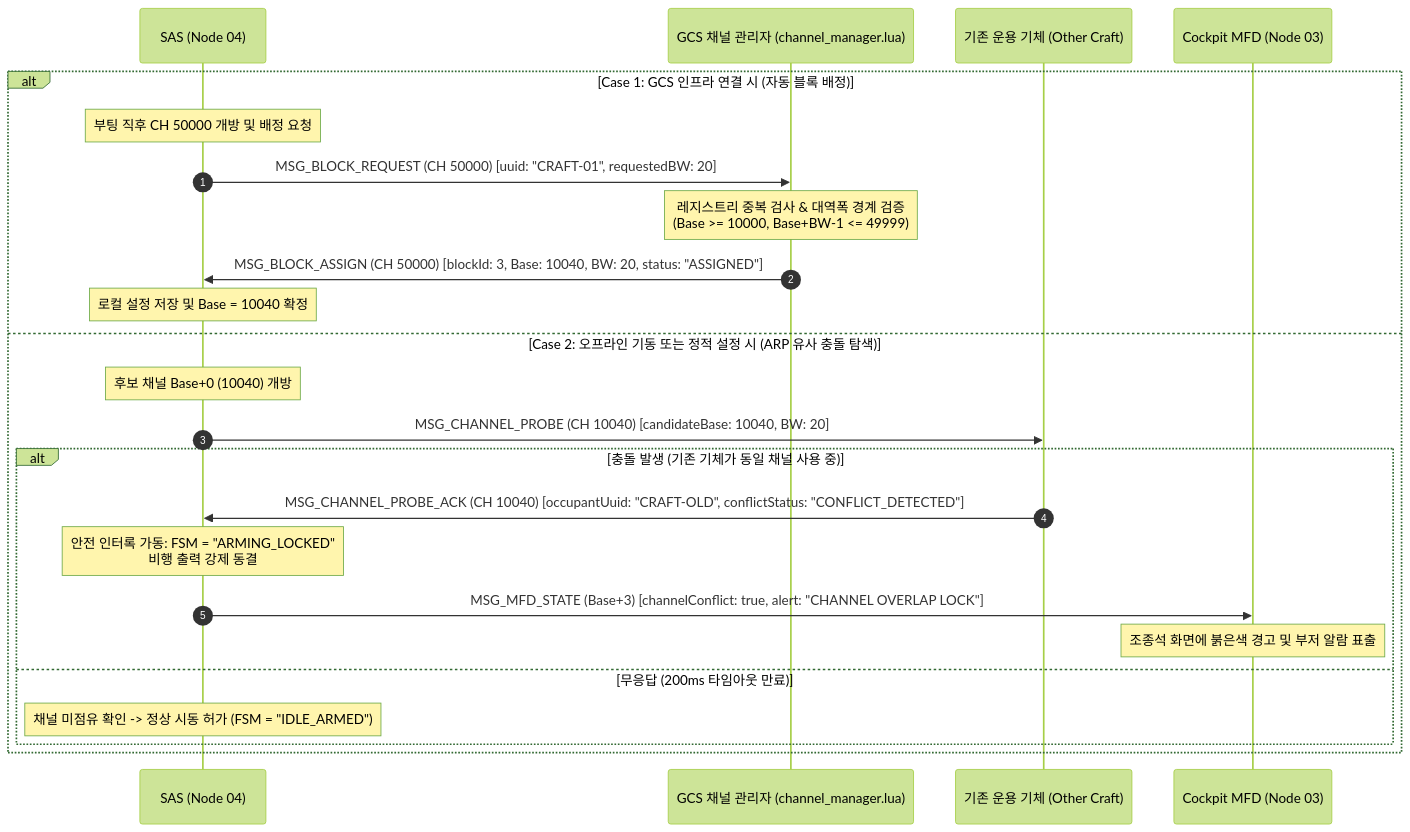
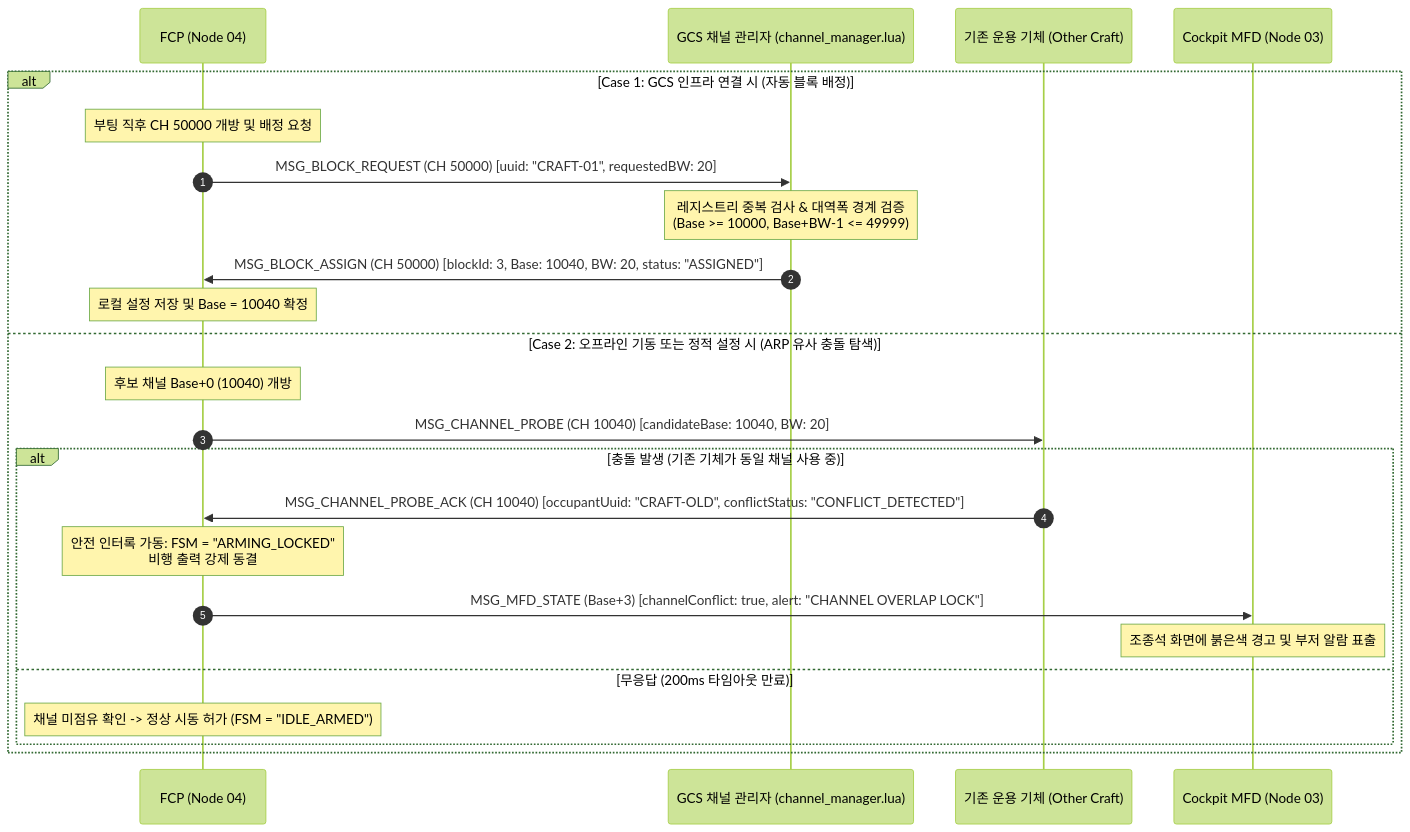
Before and after one commit to Polimachi/Aeroneutics_Autopilot: the seventh of 9 diagrams in docs/system/SYSTEM_PROGRAM_RELATION_AND_PACKET_DIAGRAM.md, drawn with Mermaid (forest theme). The commit also changed other lines of this file and 90 other files, not shown here.

Commit message:
refactor(system): consolidate 0_infra, migrate SAS to FCP, and adopt single-tier specs

````diff
--- a/docs/system/SYSTEM_PROGRAM_RELATION_AND_PACKET_DIAGRAM.md
+++ b/docs/system/SYSTEM_PROGRAM_RELATION_AND_PACKET_DIAGRAM.md
@@ -501,28 +511,28 @@
 ```mermaid
 sequenceDiagram
     autonumber
-    participant U as SAS (Node 04)
+    participant U as FCP (Node 04)
     participant G as GCS 채널 관리자 (channel_manager.lua)
     participant P as 기존 운용 기체 (Other Craft)
     participant M as Cockpit MFD (Node 03)
 
     alt Case 1: GCS 인프라 연결 시 (자동 블록 배정)
         Note over U: 부팅 직후 CH 50000 개방 및 배정 요청
         U->>G: MSG_BLOCK_REQUEST (CH 50000) [uuid: "CRAFT-01", requestedBW: 20]
         Note over G: 레지스트리 중복 검사 & 대역폭 경계 검증<br/>(Base >= 10000, Base+BW-1 <= 49999)
         G->>U: MSG_BLOCK_ASSIGN (CH 50000) [blockId: 3, Base: 10040, BW: 20, status: "ASSIGNED"]
         Note over U: 로컬 설정 저장 및 Base = 10040 확정
     else Case 2: 오프라인 기동 또는 정적 설정 시 (ARP 유사 충돌 탐색)
         Note over U: 후보 채널 Base+0 (10040) 개방
         U->>P: MSG_CHANNEL_PROBE (CH 10040) [candidateBase: 10040, BW: 20]
         
         alt 충돌 발생 (기존 기체가 동일 채널 사용 중)
             P->>U: MSG_CHANNEL_PROBE_ACK (CH 10040) [occupantUuid: "CRAFT-OLD", conflictStatus: "CONFLICT_DETECTED"]
             Note over U: 안전 인터록 가동: FSM = "ARMING_LOCKED"<br/>비행 출력 강제 동결
             U->>M: MSG_MFD_STATE (Base+3) [channelConflict: true, alert: "CHANNEL OVERLAP LOCK"]
             Note over M: 조종석 화면에 붉은색 경고 및 부저 알람 표출
         else 무응답 (200ms 타임아웃 만료)
             Note over U: 채널 미점유 확인 -> 정상 시동 허가 (FSM = "IDLE_ARMED")
         end
     end
 ```
````
